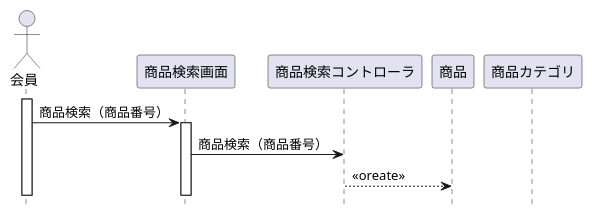
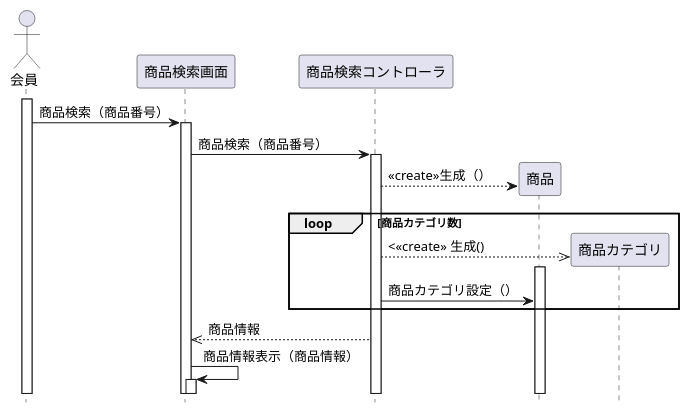
One commit to kuboi0627/unl-introduction changed the diagram in 演習4-5_SD_商品情報検索.pu. Above: the diagram before and after it, drawn with PlantUML. The commit also changed 4 other files, not shown here.

```diff
--- a/演習4-5_SD_商品情報検索.pu
+++ b/演習4-5_SD_商品情報検索.pu
@@ -1,13 +1,25 @@
 @startuml
 hide footbox
 Actor 会員 as a1
 participant "商品検索画面" as boundary
 participant "商品検索コントローラ" as control
 participant "商品" as entity1
 participant "商品カテゴリ" as entity2
 activate a1
 a1 -> boundary :商品検索（商品番号）
 activate boundary
 boundary -> control :商品検索（商品番号）
-control --> entity1 :<< oreate >>
+activate control
+create entity1
+control --> entity1 :<< create >>生成（）
+loop 商品カテゴリ数
+create entity2
+control -->> entity2 :<<< create >> 生成()
+activate entity1
+deactivate entity1
+control -> entity1 :商品カテゴリ設定（）
+end loop
+control -->> boundary :商品情報
+boundary -> boundary :商品情報表示（商品情報）
+activate boundary
 @enduml
```
